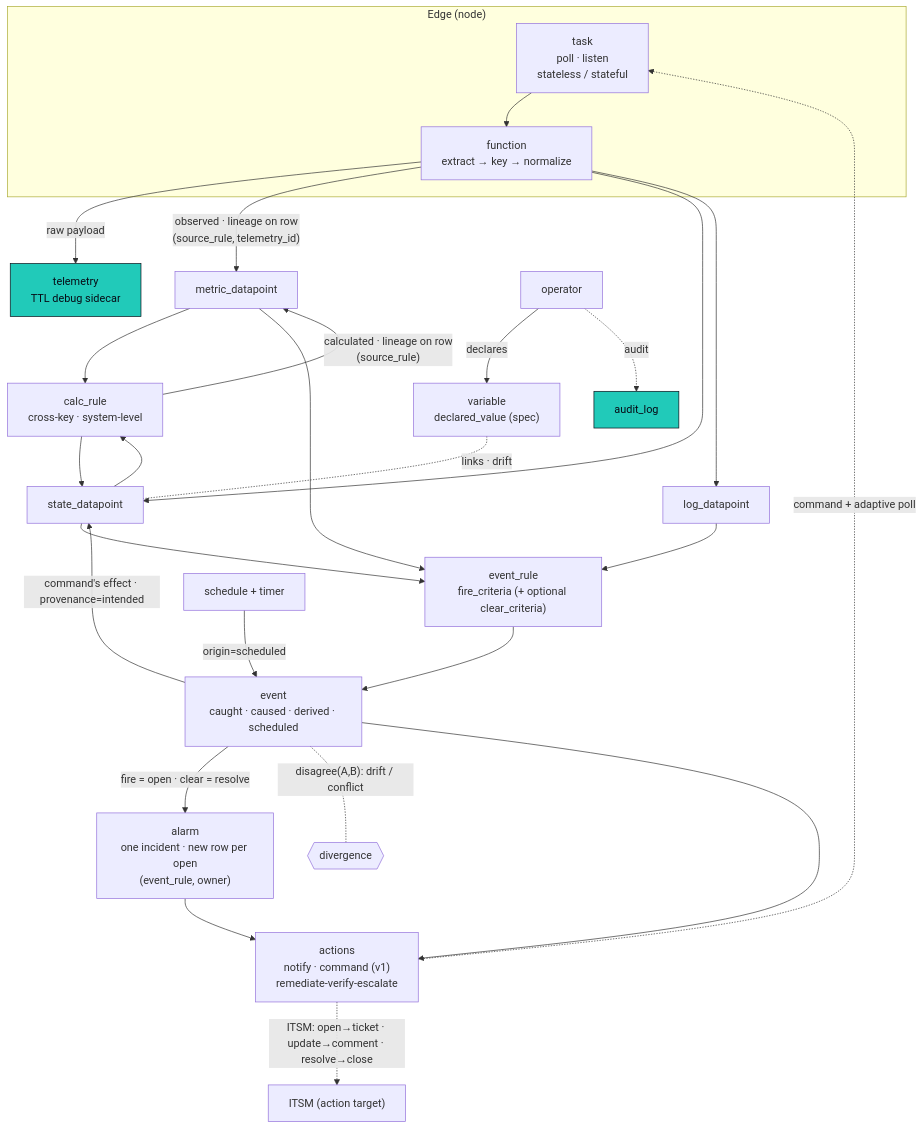
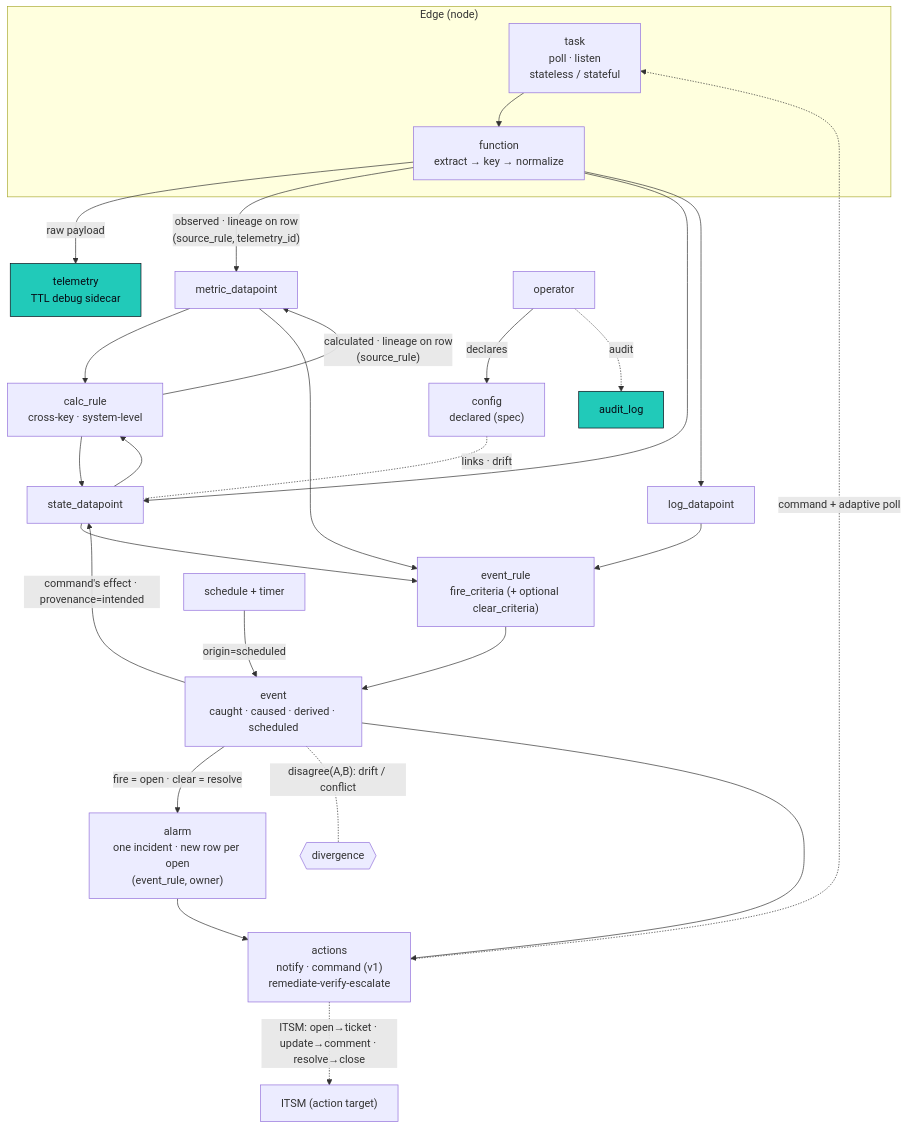
Before and after one commit to hyperscaleav/omniglass: the diagram in docs/src/content/docs/architecture/taxonomy.md, drawn with Mermaid. The commit also changed other lines of this file and 9 other files, not shown here.

First line of the commit message:
docs(architecture): sweep variable -> config terminology across the docs

````diff
--- a/docs/src/content/docs/architecture/taxonomy.md
+++ b/docs/src/content/docs/architecture/taxonomy.md
@@ -237,41 +237,41 @@
 ```mermaid
 flowchart TD
   subgraph edge["Edge (node)"]
     TASK["task<br/>poll · listen<br/>stateless / stateful"]
     FLOW["function<br/>extract → key → normalize"]
     TASK --> FLOW
   end
 
   FLOW -->|"raw payload"| TEL["telemetry<br/>TTL debug sidecar"]
   FLOW -->|"observed · lineage on row<br/>(source_rule, telemetry_id)"| M["metric_datapoint"]
   FLOW --> S["state_datapoint"]
   FLOW --> L["log_datapoint"]
 
   M --> CALC["calc_rule<br/>cross-key · system-level"]
   S --> CALC
   CALC -->|"calculated · lineage on row<br/>(source_rule)"| M
   CALC --> S
 
   M --> ER["event_rule<br/>fire_criteria (+ optional clear_criteria)"]
   S --> ER
   L --> ER
   SCH["schedule + timer"] -->|"origin=scheduled"| EV
   ER --> EV["event<br/>caught · caused · derived · scheduled"]
 
   EV -->|"fire = open · clear = resolve"| AL["alarm<br/>one incident · new row per open<br/>(event_rule, owner)"]
   EV -->|"command's effect · provenance=intended"| S
 
-  HUMAN["operator"] -->|"declares"| VAR["variable<br/>declared_value (spec)"]
+  HUMAN["operator"] -->|"declares"| VAR["config<br/>declared (spec)"]
   VAR -. "links · drift" .- S
   HUMAN -.->|"audit"| AU["audit_log"]
 
   EV -. "disagree(A,B): drift / conflict" .- DIV{{"divergence"}}
 
   EV --> ACT["actions<br/>notify · command (v1)<br/>remediate-verify-escalate"]
   AL --> ACT
   ACT -.->|"ITSM: open→ticket · update→comment · resolve→close"| ITSM["ITSM (action target)"]
   ACT -.->|"command + adaptive poll"| TASK
 
   classDef gt fill:#21CAB9,stroke:#080c16,color:#080c16;
   class TEL,AU gt;
 ```
````
